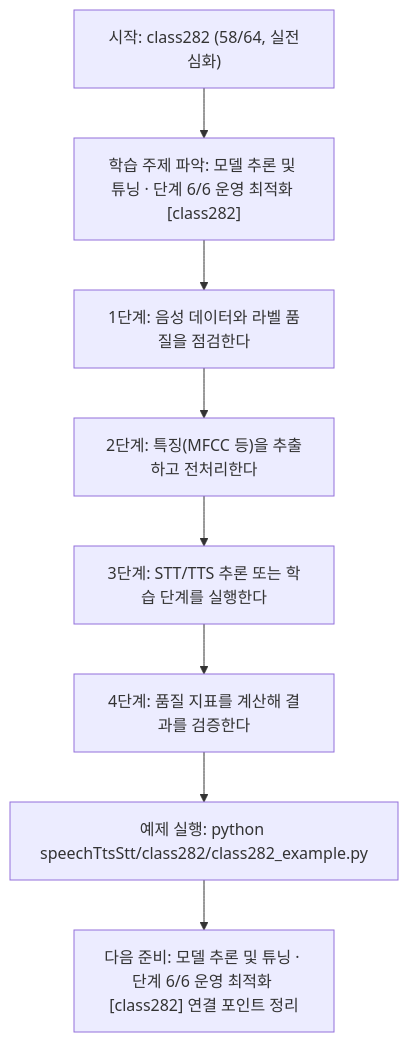
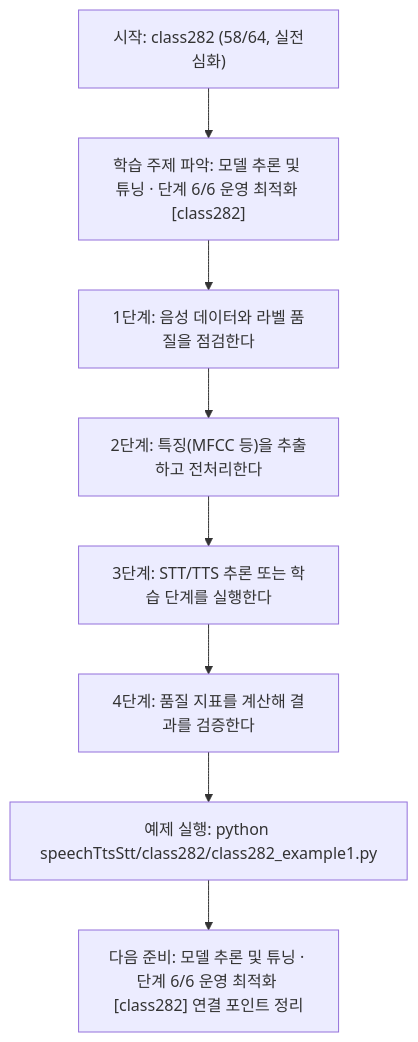
The diagram in speechTtsStt/class282/class282.md (edumgt/Python-AI_Agent-Class), drawn with Mermaid before and after one commit. The commit also changed other lines of this file and 2959 other files, not shown here.

````diff
--- a/speechTtsStt/class282/class282.md
+++ b/speechTtsStt/class282/class282.md
@@ -114,18 +114,18 @@
 ```mermaid
 flowchart TD
 N1["시작: class282 (58/64, 실전심화)"]
 N2["학습 주제 파악: 모델 추론 및 튜닝 · 단계 6/6 운영 최적화 [class282]"]
 N3["1단계: 음성 데이터와 라벨 품질을 점검한다"]
 N4["2단계: 특징(MFCC 등)을 추출하고 전처리한다"]
 N5["3단계: STT/TTS 추론 또는 학습 단계를 실행한다"]
 N6["4단계: 품질 지표를 계산해 결과를 검증한다"]
-N7["예제 실행: python speechTtsStt/class282/class282_example.py"]
+N7["예제 실행: python speechTtsStt/class282/class282_example1.py"]
 N8["다음 준비: 모델 추론 및 튜닝 · 단계 6/6 운영 최적화 [class282] 연결 포인트 정리"]
 N1 --> N2
 N2 --> N3
 N3 --> N4
 N4 --> N5
 N5 --> N6
 N6 --> N7
 N7 --> N8
 ```
````
